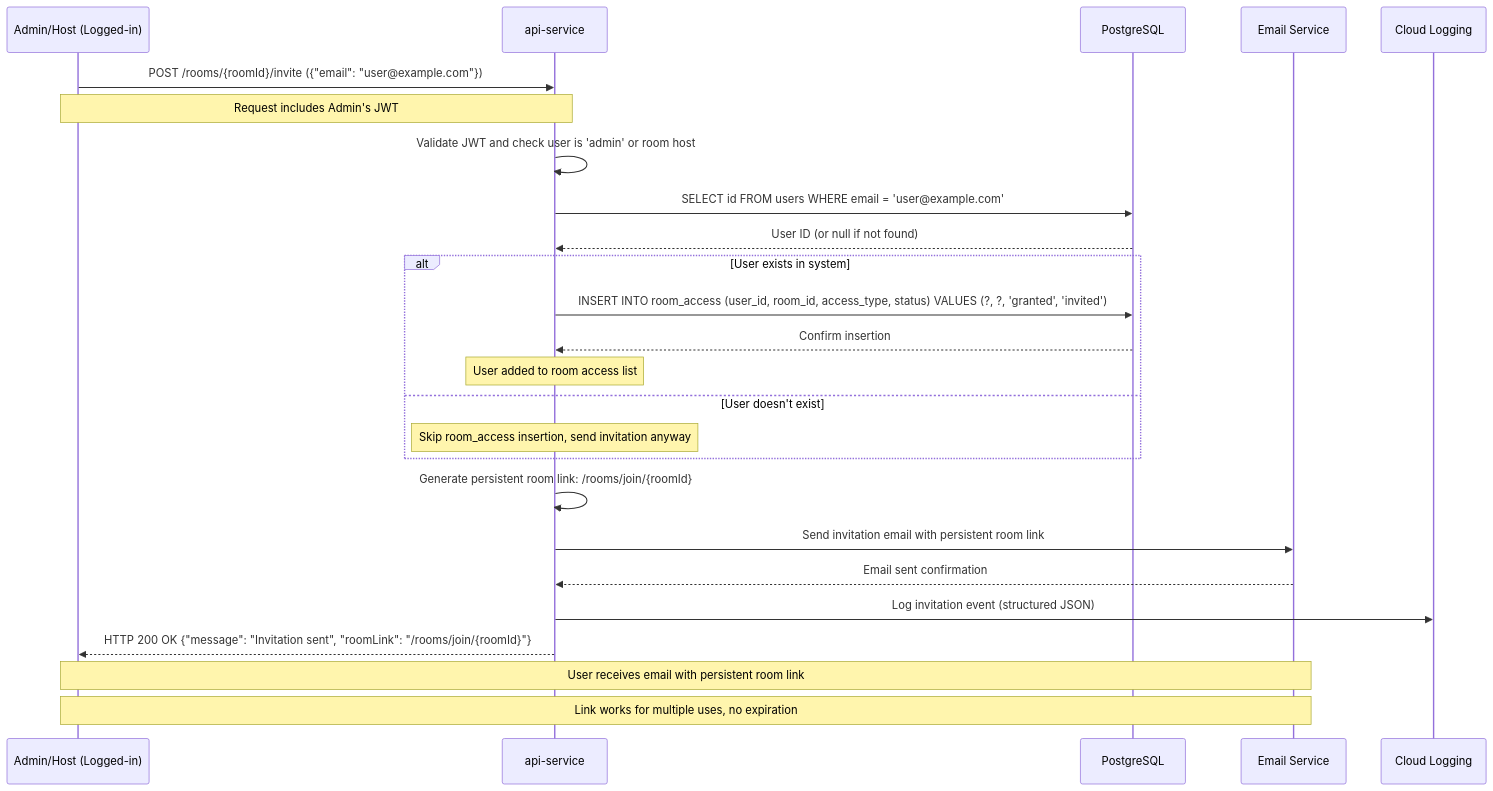
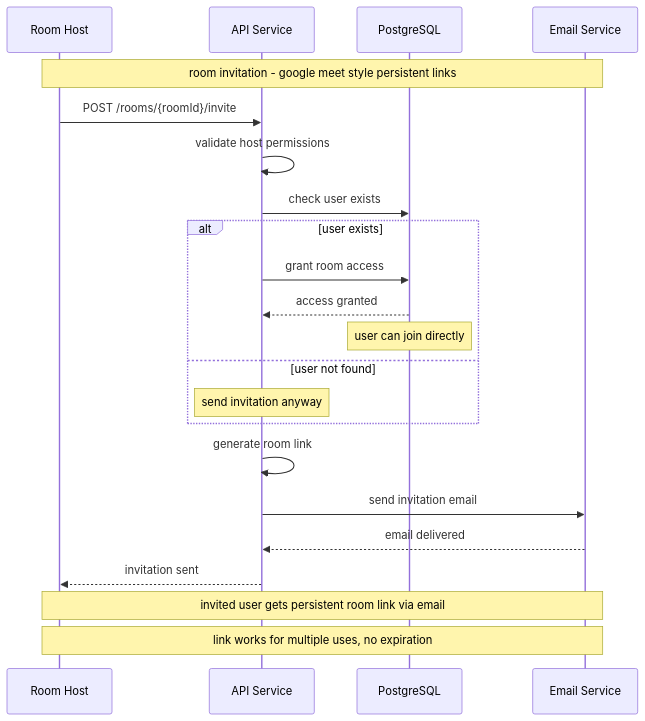
One commit to c3llus/watch-party changed the diagram in docs/sequence-diagram/3-admin-to-user-party-invitation.mermaid. Above: the diagram before and after it, drawn with Mermaid. The commit also changed 10 other files, not shown here.

Commit message:
chore(docs): updated erd and sequence diagram to match the current latest version

```diff
--- a/docs/sequence-diagram/3-admin-to-user-party-invitation.mermaid
+++ b/docs/sequence-diagram/3-admin-to-user-party-invitation.mermaid
@@ -1,31 +1,27 @@
 sequenceDiagram
-    participant Admin as Admin/Host (Logged-in)
-    participant API as api-service
+    participant Host as Room Host
+    participant API as API Service
     participant DB as PostgreSQL
     participant Email as Email Service
-    participant Log as Cloud Logging
 
-    Admin->>API: POST /rooms/{roomId}/invite ({"email": "user@example.com"})
-    Note over Admin, API: Request includes Admin's JWT
-    API->>API: Validate JWT and check user is 'admin' or room host
+    Note over Host, Email: room invitation - google meet style persistent links
+
+    Host->>API: POST /rooms/{roomId}/invite
+    API->>API: validate host permissions
+    API->>DB: check user exists
     
-    API->>DB: SELECT id FROM users WHERE email = 'user@example.com'
-    DB-->>API: User ID (or null if not found)
-    
-    alt User exists in system
-        API->>DB: INSERT INTO room_access (user_id, room_id, access_type, status) VALUES (?, ?, 'granted', 'invited')
-        DB-->>API: Confirm insertion
-        Note over API: User added to room access list
-    else User doesn't exist
-        Note over API: Skip room_access insertion, send invitation anyway
+    alt user exists
+        API->>DB: grant room access
+        DB-->>API: access granted
+        Note over DB: user can join directly
+    else user not found  
+        Note over API: send invitation anyway
     end
     
-    API->>API: Generate persistent room link: /rooms/join/{roomId}
-    API->>Email: Send invitation email with persistent room link
-    Email-->>API: Email sent confirmation
-    
-    API->>Log: Log invitation event (structured JSON)
-    API-->>Admin: HTTP 200 OK {"message": "Invitation sent", "roomLink": "/rooms/join/{roomId}"}
-    
-    Note over Admin, Email: User receives email with persistent room link
-    Note over Admin, Email: Link works for multiple uses, no expiration
+    API->>API: generate room link
+    API->>Email: send invitation email
+    Email-->>API: email delivered
+    API-->>Host: invitation sent
+
+    Note over Host, Email: invited user gets persistent room link via email
+    Note over Host, Email: link works for multiple uses, no expiration
```
